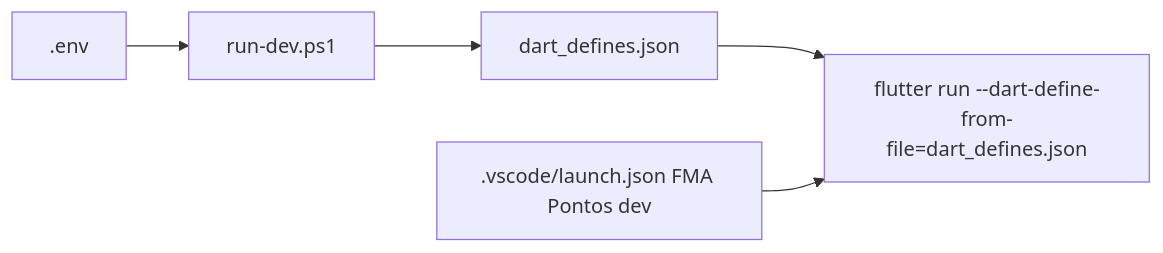
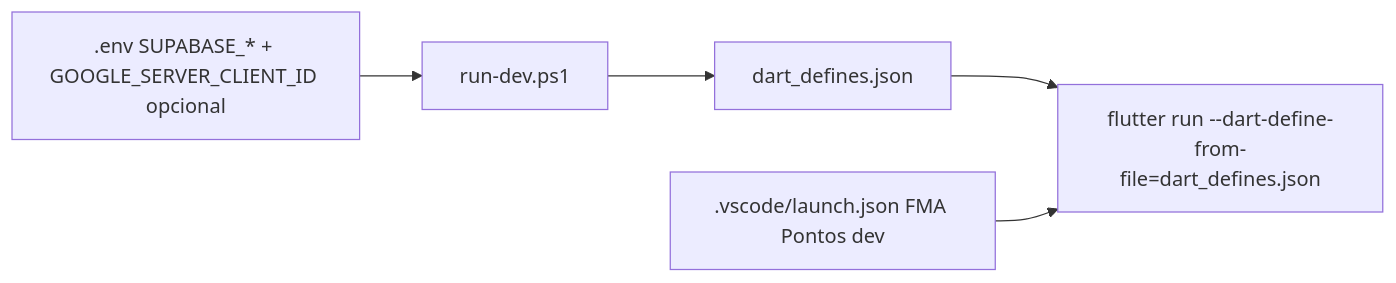
Before and after one commit to Rdinda/FMA_Pontos: the third of 3 diagrams in _reversa_sdd/flowcharts/app-bootstrap.md, drawn with Mermaid. The commit also changed other lines of this file and 43 other files, not shown here.

````diff
--- a/_reversa_sdd/flowcharts/app-bootstrap.md
+++ b/_reversa_sdd/flowcharts/app-bootstrap.md
@@ -35,7 +36,7 @@
 ```mermaid
 flowchart LR
-  ENV[".env"] --> PS["run-dev.ps1"]
+  ENV[".env SUPABASE_* + GOOGLE_SERVER_CLIENT_ID opcional"] --> PS["run-dev.ps1"]
   PS --> JSON["dart_defines.json"]
   JSON --> RUN["flutter run --dart-define-from-file=dart_defines.json"]
   IDE[".vscode/launch.json FMA Pontos dev"] --> RUN
 ```
````
